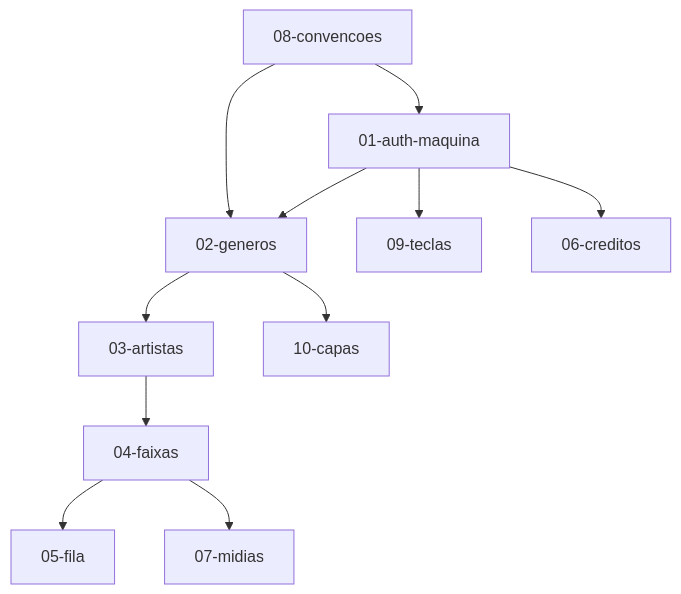
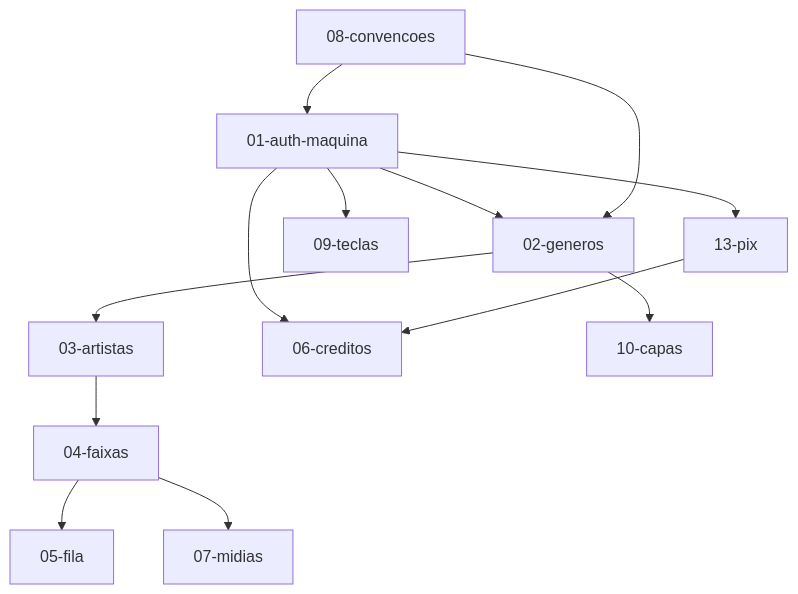
Before and after one commit to h3ticonecta/frontend_jukebox: the diagram in docs/contratos/00-visao-geral.md, drawn with Mermaid. The commit also changed other lines of this file and 9 other files, not shown here.

````diff
--- a/docs/contratos/00-visao-geral.md
+++ b/docs/contratos/00-visao-geral.md
@@ -80,13 +81,15 @@
 ```mermaid
 graph TD
     A[01-auth-maquina] --> B[02-generos]
     A --> I[09-teclas]
     B --> C[03-artistas]
     C --> D[04-faixas]
     D --> F[05-fila]
     D --> G[07-midias]
     A --> E[06-creditos]
+    A --> K[13-pix]
+    K --> E
     B --> J[10-capas]
     H[08-convencoes] --> A
     H --> B
 ```
````
